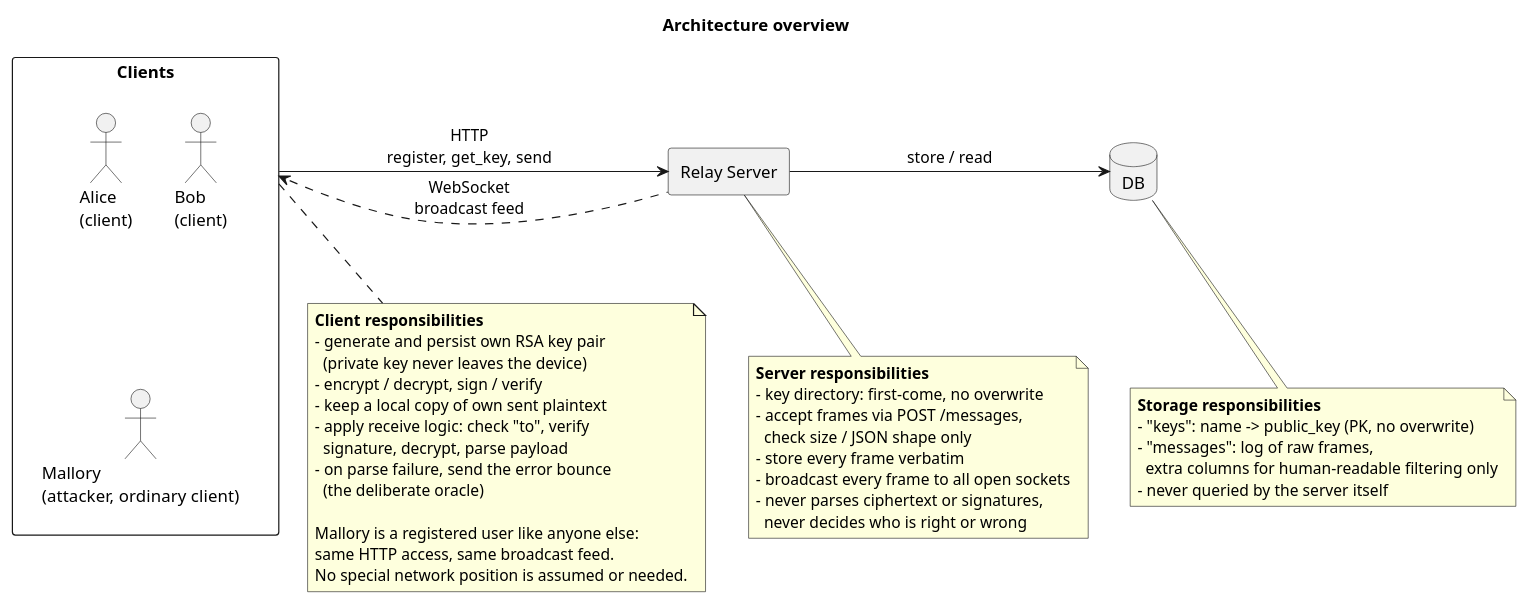
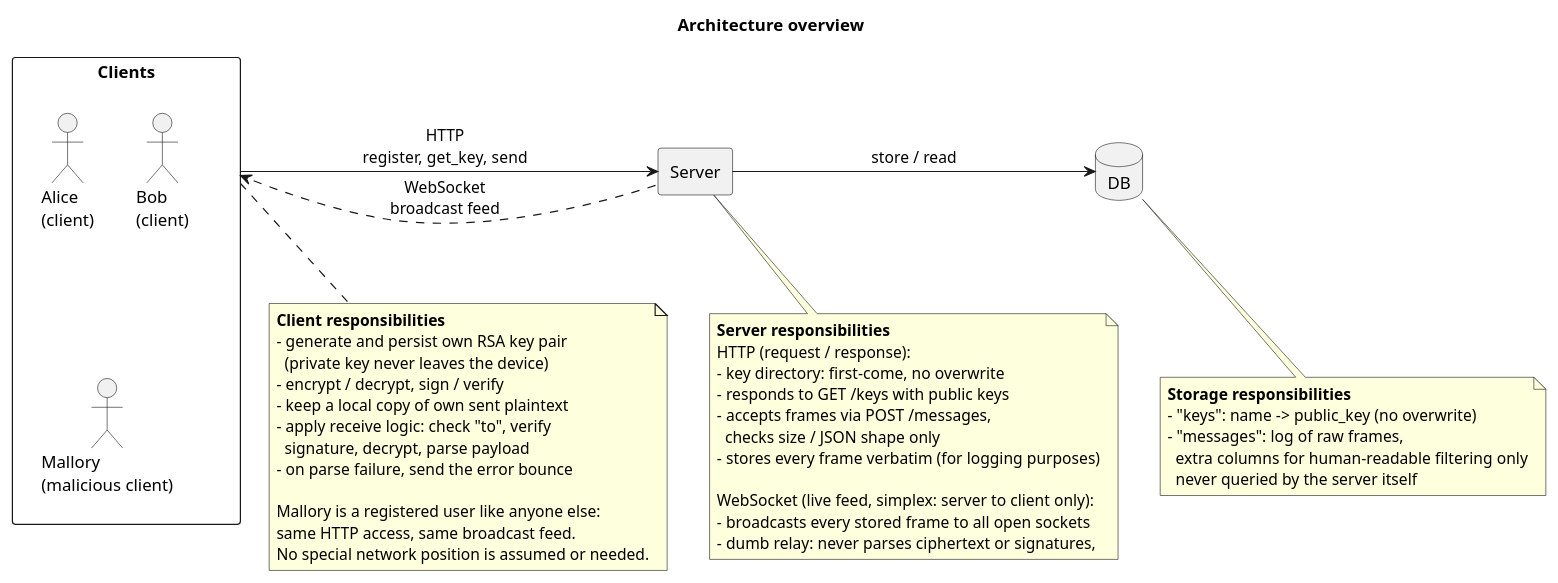
The diagram in app/docs/01_overview.puml (michalpatola/niebezpieczna-aplikacja-rsa), drawn with PlantUML before and after one commit. The commit also changed 3 other files, not shown here.

```diff
--- a/app/docs/01_overview.puml
+++ b/app/docs/01_overview.puml
@@ -1,53 +1,56 @@
 @startuml
 title Architecture overview
 skinparam componentStyle rectangle
 skinparam packageStyle rectangle
 
 package "Clients" as Clients {
   actor "Alice\n(client)" as Alice
   actor "Bob\n(client)" as Bob
-  actor "Mallory\n(attacker, ordinary client)" as Mallory
+  actor "Mallory\n(malicious client)" as Mallory
 }
 
-component "Relay Server" as Server
+component "Server" as Server
 database "DB" as DB
 
 Clients -right-> Server : HTTP\nregister, get_key, send
 Server .left.> Clients : WebSocket\nbroadcast feed
 Server -right-> DB : store / read
 
 note bottom of Clients
   **Client responsibilities**
   - generate and persist own RSA key pair
     (private key never leaves the device)
   - encrypt / decrypt, sign / verify
   - keep a local copy of own sent plaintext
   - apply receive logic: check "to", verify
     signature, decrypt, parse payload
   - on parse failure, send the error bounce
-    (the deliberate oracle)
 
   Mallory is a registered user like anyone else:
   same HTTP access, same broadcast feed.
   No special network position is assumed or needed.
 end note
 
 note bottom of Server
   **Server responsibilities**
+  HTTP (request / response):
   - key directory: first-come, no overwrite
-  - accept frames via POST /messages,
-    check size / JSON shape only
-  - store every frame verbatim
-  - broadcast every frame to all open sockets
-  - never parses ciphertext or signatures,
-    never decides who is right or wrong
+  - responds to GET /keys with public keys
+  - accepts frames via POST /messages,
+    checks size / JSON shape only
+  - stores every frame verbatim (for logging purposes)
+
+  WebSocket (live feed, simplex: server to client only):
+  - broadcasts every stored frame to all open sockets
+  - dumb relay: never parses ciphertext or signatures,
 end note
+
 
 note bottom of DB
   **Storage responsibilities**
-  - "keys": name -> public_key (PK, no overwrite)
+  - "keys": name -> public_key (no overwrite)
   - "messages": log of raw frames,
     extra columns for human-readable filtering only
-  - never queried by the server itself
+    never queried by the server itself
 end note
 @enduml
```
